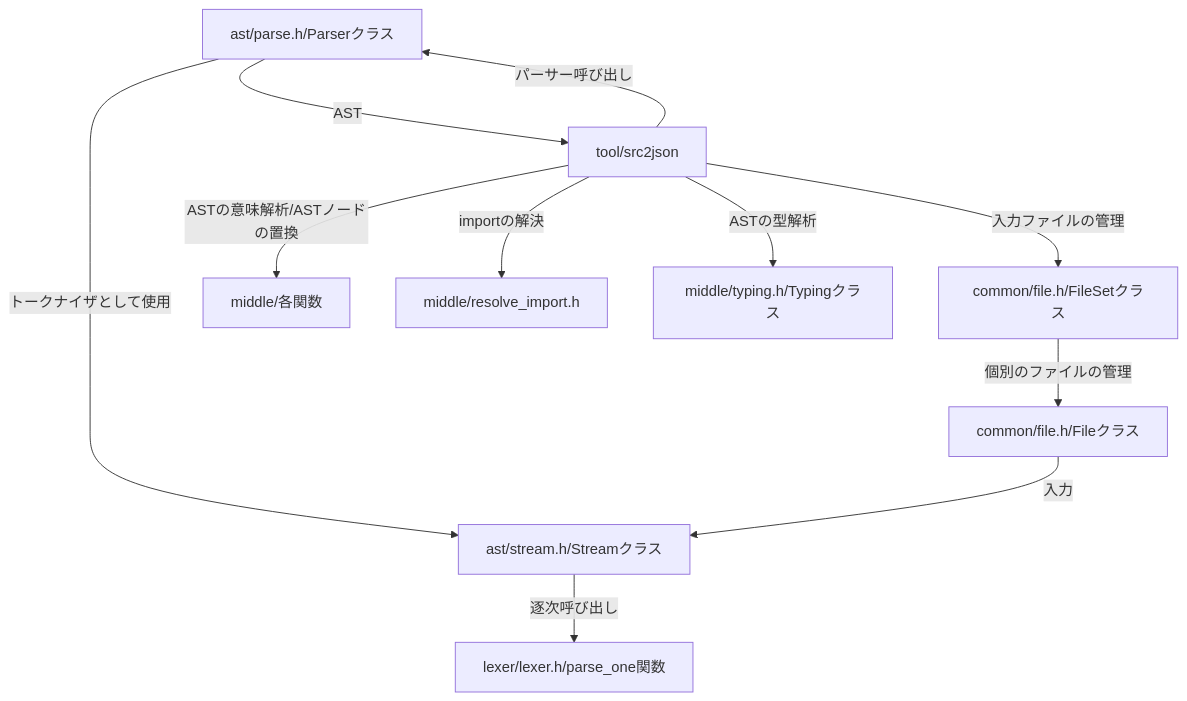
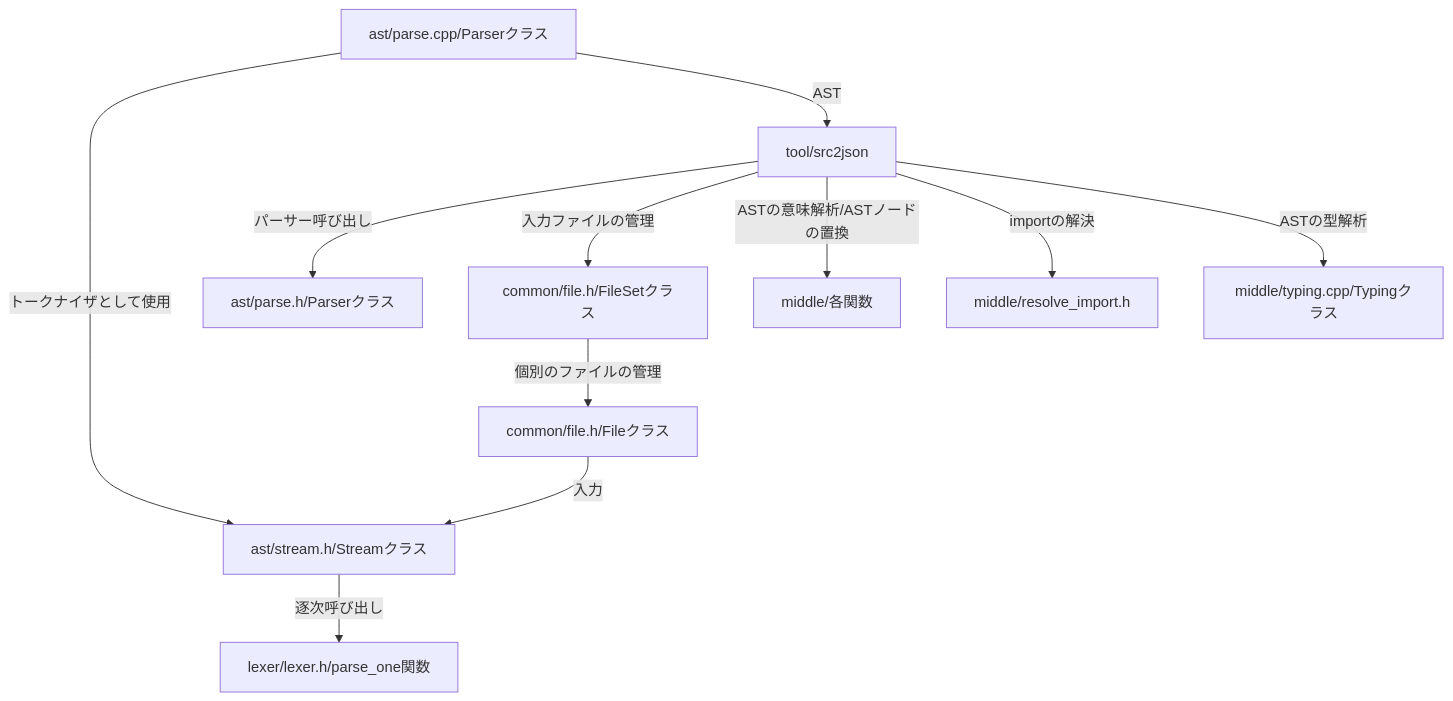
Before and after one commit to on-keyday/brgen: the second of 2 diagrams in web/doc/content/docs/src_core.md, drawn with Mermaid. The commit also changed other lines of this file and 1 other file, not shown here.

Commit message:
Update change.md and src_core.md

````diff
--- a/web/doc/content/docs/src_core.md
+++ b/web/doc/content/docs/src_core.md
@@ -42,19 +42,19 @@
 ```mermaid
 flowchart
 ast/stream.h/Streamクラス-->|逐次呼び出し|lexer/lexer.h/parse_one関数
-ast/parse.h/Parserクラス-->|トークナイザとして使用|ast/stream.h/Streamクラス
+ast/parse.cpp/Parserクラス-->|トークナイザとして使用|ast/stream.h/Streamクラス
 tool/src2json-->|パーサー呼び出し|ast/parse.h/Parserクラス
-ast/parse.h/Parserクラス-->|AST|tool/src2json
+ast/parse.cpp/Parserクラス-->|AST|tool/src2json
 
 
 tool/src2json-->|入力ファイルの管理|common/file.h/FileSetクラス
 
 common/file.h/FileSetクラス-->|個別のファイルの管理|common/file.h/Fileクラス
 
 common/file.h/Fileクラス-->|入力|ast/stream.h/Streamクラス
 
 tool/src2json-->|ASTの意味解析/ASTノードの置換|middle/各関数
 tool/src2json-->|importの解決|middle/resolve_import.h
-tool/src2json-->|ASTの型解析|middle/typing.h/Typingクラス
+tool/src2json-->|ASTの型解析|middle/typing.cpp/Typingクラス
 
 ```
````
